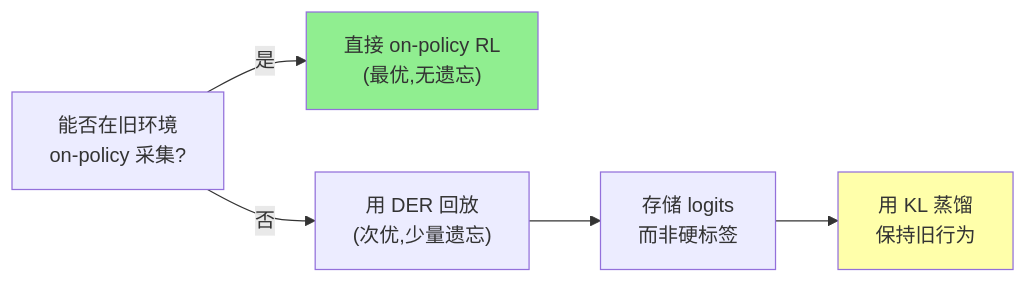
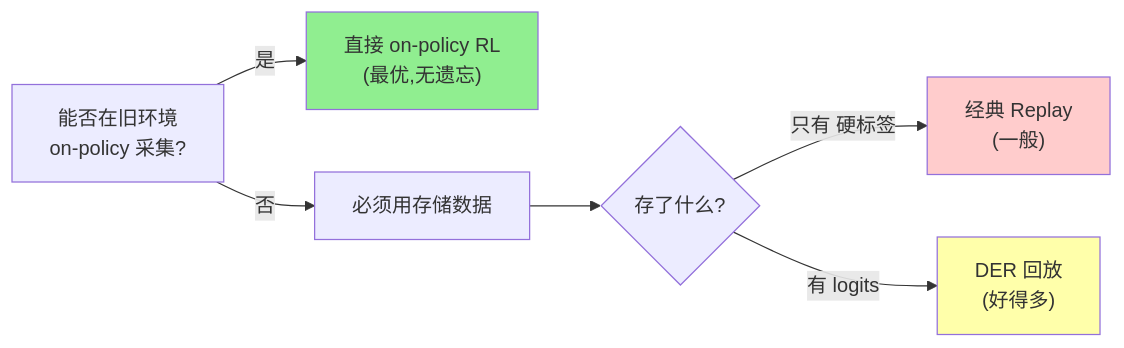
One commit to endlesscollider/paper changed the third of 3 diagrams in 论文综述/052_DarkExperienceReplay_暗经验回放.md. Above: the diagram before and after it, drawn with Mermaid. The commit also changed other lines of this file and 101 other files, not shown here.

````diff
--- a/论文综述/052_DarkExperienceReplay_暗经验回放.md
+++ b/论文综述/052_DarkExperienceReplay_暗经验回放.md
@@ -261,9 +540,11 @@
 ```mermaid
 flowchart LR
     A["能否在旧环境\non-policy 采集?"] -->|是| B["直接 on-policy RL\n(最优,无遗忘)"]
-    A -->|否| C["用 DER 回放\n(次优,少量遗忘)"]
-    C --> D["存储 logits\n而非硬标签"]
-    D --> E["用 KL 蒸馏\n保持旧行为"]
+    A -->|否| C["必须用存储数据"]
+    C --> D{"存了什么?"}
+    D -->|只有 硬标签| E["经典 Replay\n(一般)"]
+    D -->|有 logits| F["DER 回放\n(好得多)"]
     style B fill:#90EE90
-    style E fill:#FFFFAA
+    style F fill:#FFFFAA
+    style E fill:#FFCCCC
 ```
````
